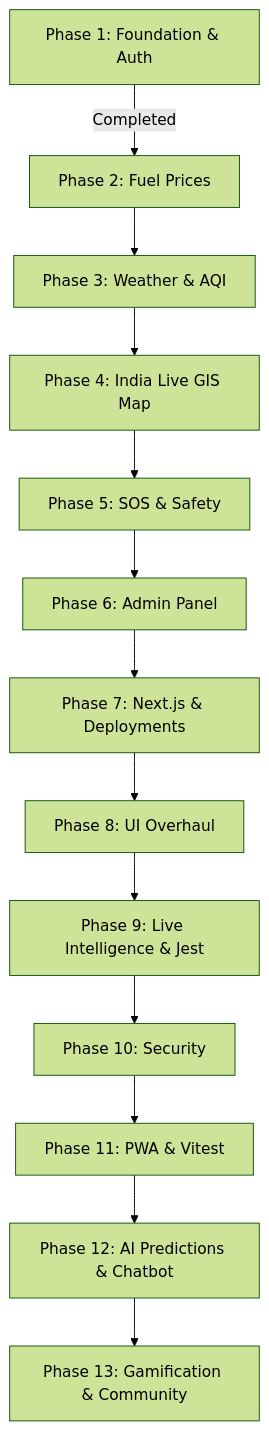
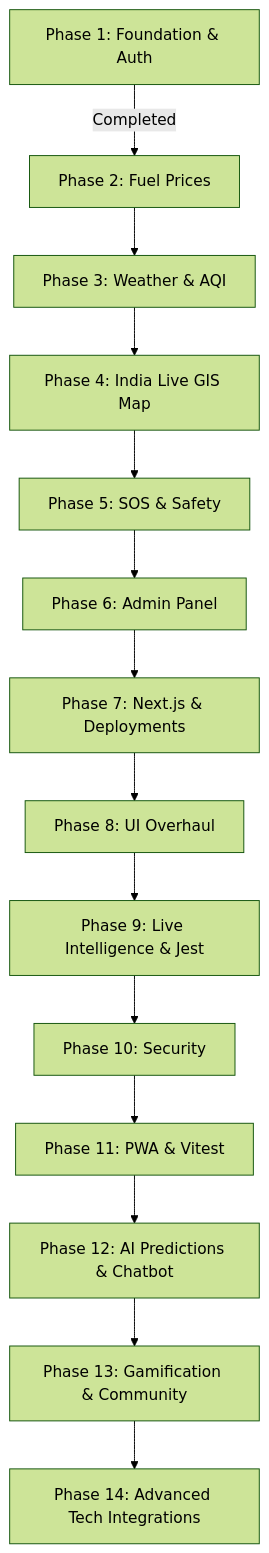
The diagram in README.md (sanjaikumarkaleeswaran/India_Live_Monitor), drawn with Mermaid (forest theme) before and after one commit. The commit also changed other lines of this file, not shown here.

Commit message:
docs: update README with phase 14 advanced integrations

````diff
--- a/README.md
+++ b/README.md
@@ -131,15 +136,16 @@
 ```mermaid
 graph TD
   P1[Phase 1: Foundation & Auth] -->|Completed| P2[Phase 2: Fuel Prices]
   P2 --> P3[Phase 3: Weather & AQI]
   P3 --> P4[Phase 4: India Live GIS Map]
   P4 --> P5[Phase 5: SOS & Safety]
   P5 --> P6[Phase 6: Admin Panel]
   P6 --> P7[Phase 7: Next.js & Deployments]
   P7 --> P8[Phase 8: UI Overhaul]
   P8 --> P9[Phase 9: Live Intelligence & Jest]
   P9 --> P10[Phase 10: Security]
   P10 --> P11[Phase 11: PWA & Vitest]
   P11 --> P12[Phase 12: AI Predictions & Chatbot]
   P12 --> P13[Phase 13: Gamification & Community]
+  P13 --> P14[Phase 14: Advanced Tech Integrations]
 ```
````
